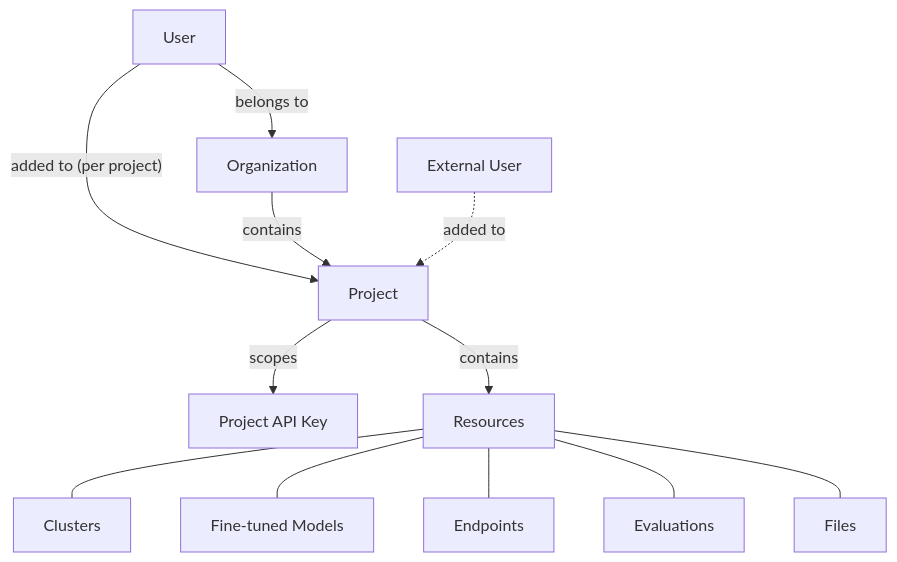
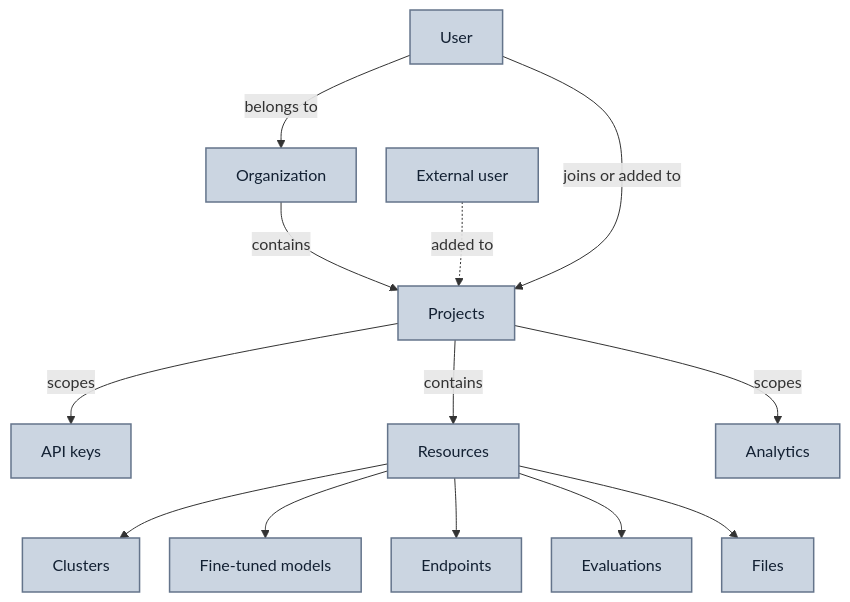
The diagram in ai-models/together/pages/docs/identity-access-management.md (Eyre921/ofiicial-developer-docs), drawn with Mermaid before and after one commit. The commit also changed other lines of this file and 309 other files, not shown here.

````diff
--- a/ai-models/together/pages/docs/identity-access-management.md
+++ b/ai-models/together/pages/docs/identity-access-management.md
@@ -26,14 +26,21 @@
 ```mermaid theme={null}
+%%{init: {"flowchart": {"rankSpacing": 60, "nodeSpacing": 30}}}%%
 flowchart TD
     U[User] -->|belongs to| O[Organization]
-    U -->|"added to (per project)"| P[Project]
+    U -->|joins or added to| P[Projects]
     O -->|contains| P
-    P -->|scopes| K[Project API Key]
+    EU[External user] -.->|added to| P
+    P -->|scopes| K[API keys]
     P -->|contains| R[Resources]
-    R --- R1[Clusters]
-    R --- R2[Fine-tuned Models]
-    R --- R3[Endpoints]
-    R --- R4[Evaluations]
-    R --- R5[Files]
-    EU[External User] -.->|added to| P
+    P -->|scopes| A[Analytics]
+    R --> R1[Clusters]
+    R --> R2[Fine-tuned models]
+    R --> R3[Endpoints]
+    R --> R4[Evaluations]
+    R --> R5[Files]
+    K ~~~ R1
+    A ~~~ R5
+
+    classDef box fill:#cbd5e1,stroke:#64748b,stroke-width:1.5px,color:#132133;
+    class U,EU,O,P,K,R,A,R1,R2,R3,R4,R5 box;
 ```
````
